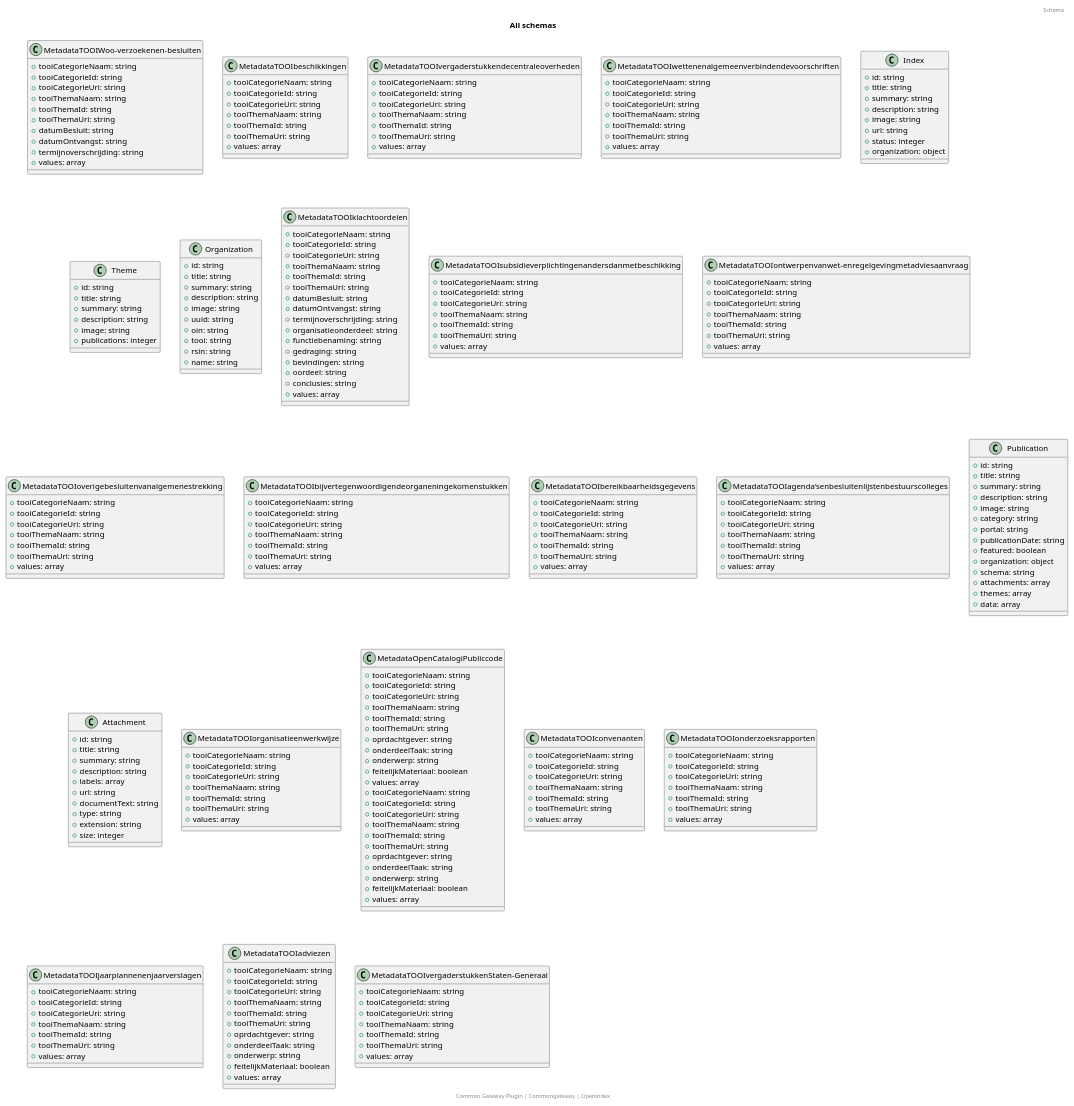
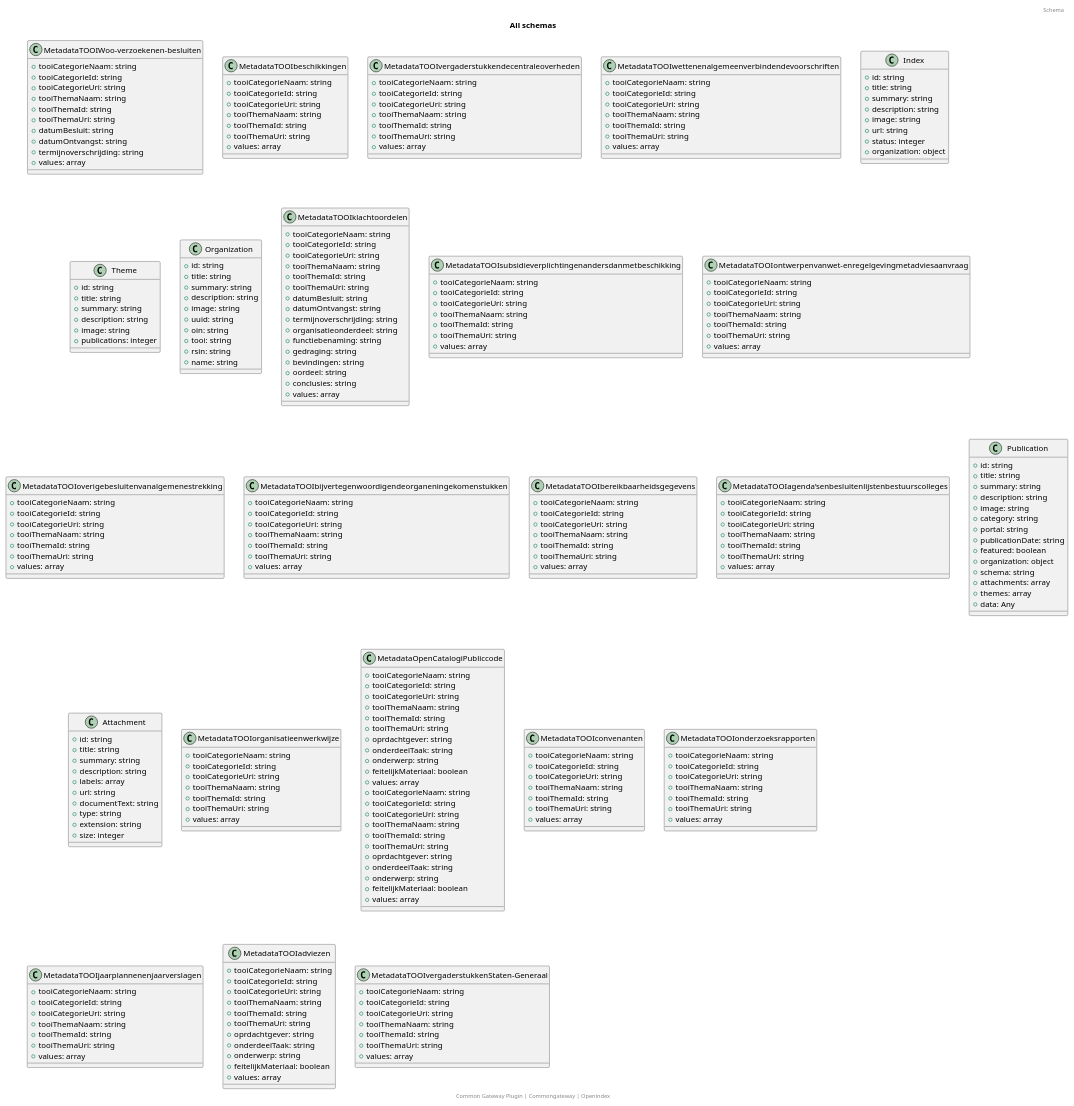
Before and after one commit to CommonGateway/OpenIndex: the diagram in docs/schema/all_schema_classes.puml, drawn with PlantUML. The commit also changed 24 other files, not shown here.

```diff
--- a/docs/schema/all_schema_classes.puml
+++ b/docs/schema/all_schema_classes.puml
@@ -157,7 +157,7 @@
   + schema: string
   + attachments: array
   + themes: array
-  + data: array
+  + data: Any
 }
 class Attachment {
   + id: string
```
